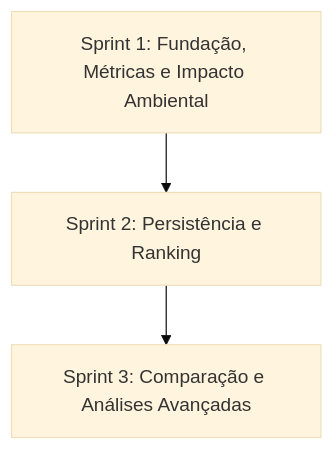
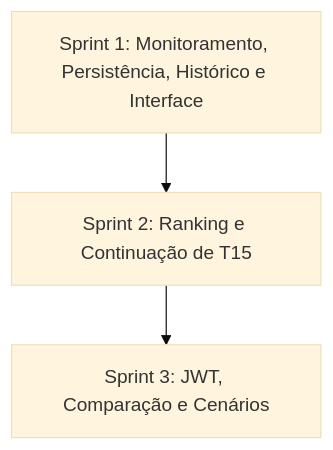
One commit to Team-Zero-DSM/GreenER changed the diagram in README.md. Above: the diagram before and after it, drawn with Mermaid (base theme). The commit also changed other lines of this file and 9 other files, not shown here.

````diff
--- a/README.md
+++ b/README.md
@@ -191,5 +143,5 @@
 ```mermaid
 graph TD
-    S1[Sprint 1: Fundação, Métricas e Impacto Ambiental] --> S2[Sprint 2: Persistência e Ranking]
-    S2 --> S3[Sprint 3: Comparação e Análises Avançadas]
+    S1[Sprint 1: Monitoramento, Persistência, Histórico e Interface] --> S2[Sprint 2: Ranking e Continuação de T15]
+    S2 --> S3[Sprint 3: JWT, Comparação e Cenários]
 ```
````
